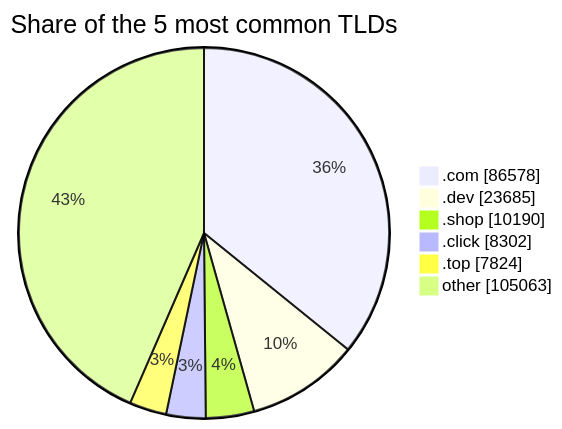
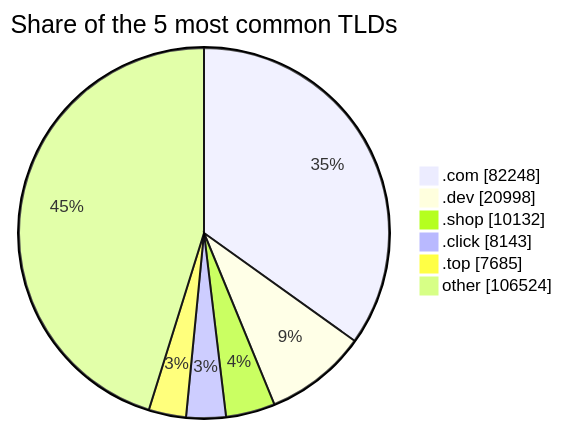
One commit to DNSBunker/CTI changed the third of 3 diagrams in README.md. Above: the diagram before and after it, drawn with Mermaid. The commit also changed other lines of this file and 3 other files, not shown here.

````diff
--- a/README.md
+++ b/README.md
@@ -81,9 +81,9 @@
 ```mermaid
 pie showData title Share of the 5 most common TLDs
-    ".com" : 86578
-    ".dev" : 23685
-    ".shop" : 10190
-    ".click" : 8302
-    ".top" : 7824
-    "other" : 105063
+    ".com" : 82248
+    ".dev" : 20998
+    ".shop" : 10132
+    ".click" : 8143
+    ".top" : 7685
+    "other" : 106524
 ```
````
